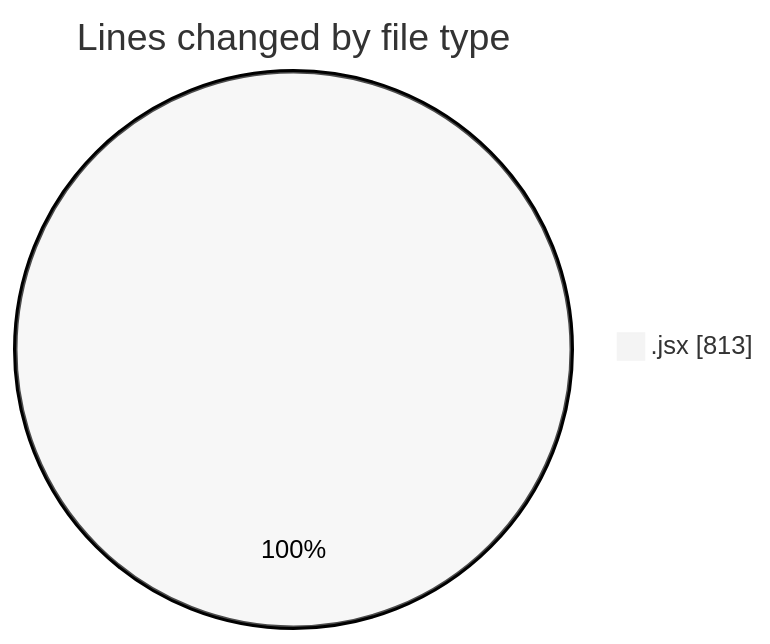
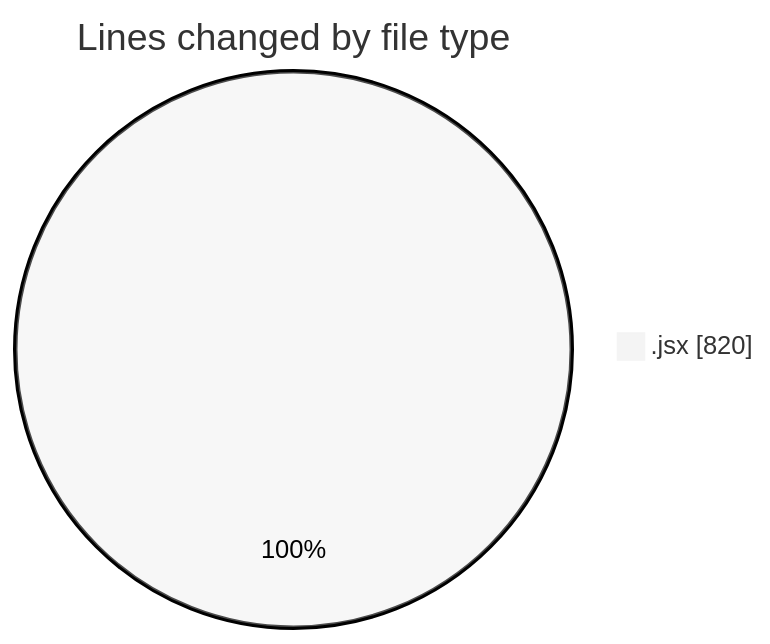
Before and after one commit to nxtqubesakshisongat/code-tracking: the first of 2 diagrams in 2025-06-03/nxtqube_webapp/README.md, drawn with Mermaid (neutral theme). The commit also changed other lines of this file and 1 other file, not shown here.

````diff
--- a/2025-06-03/nxtqube_webapp/README.md
+++ b/2025-06-03/nxtqube_webapp/README.md
@@ -20,5 +20,5 @@
 ```mermaid
 pie showData
 title Lines changed by file type
-".jsx" : 813
+".jsx" : 820
 ```
````
